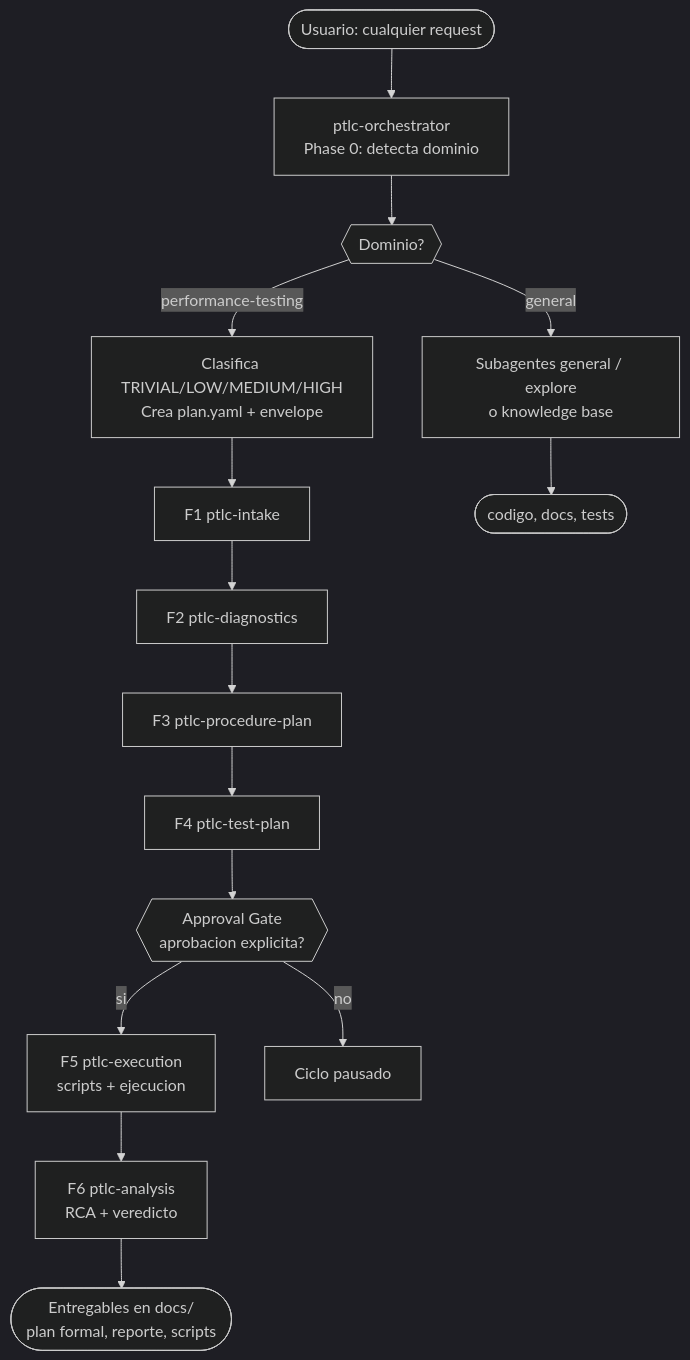
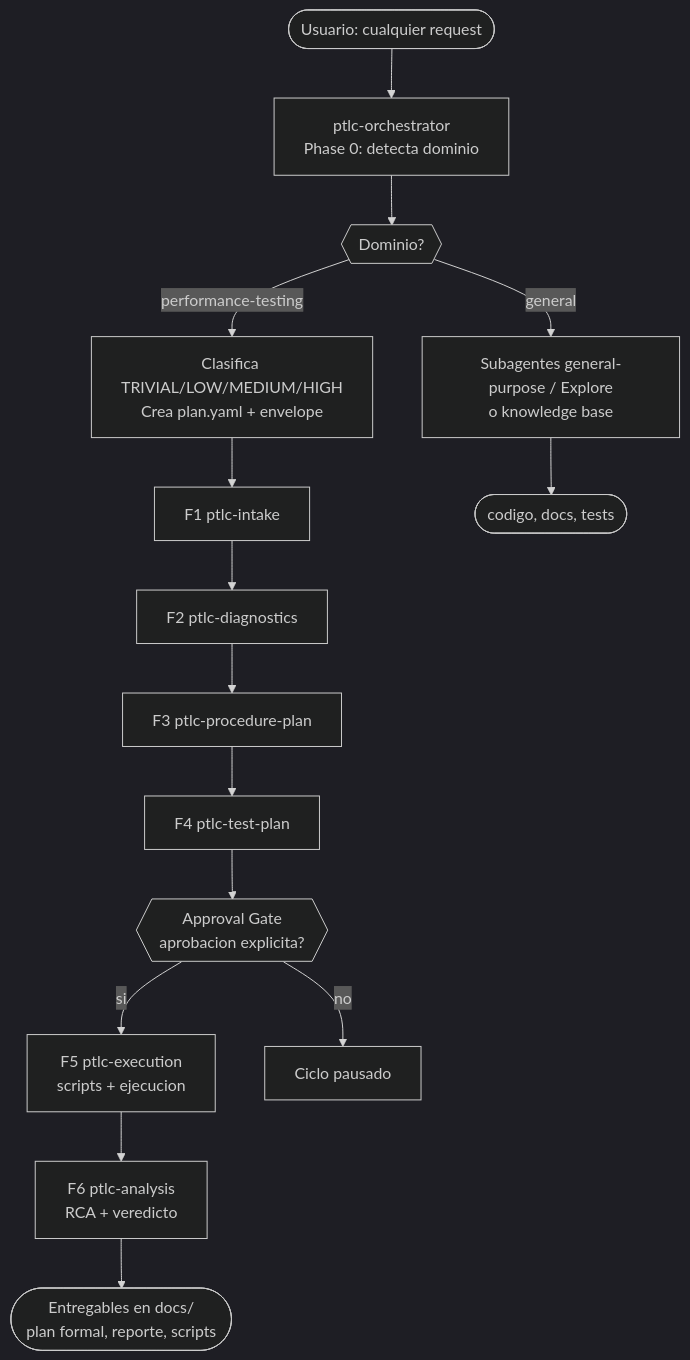
Before and after one commit to criquil/Intelligent_Performance_Test_Orchstrator: the first of 2 diagrams in docs/02-arquitectura.md, drawn with Mermaid (dark theme). The commit also changed other lines of this file and 88 other files, not shown here.

````diff
--- a/docs/02-arquitectura.md
+++ b/docs/02-arquitectura.md
@@ -48,15 +48,15 @@
 ```mermaid
 flowchart TD
     USER(["Usuario: cualquier request"]) --> ORCH["ptlc-orchestrator<br/>Phase 0: detecta dominio"]
     ORCH --> DOM{{"Dominio?"}}
     DOM -->|performance-testing| P0["Clasifica TRIVIAL/LOW/MEDIUM/HIGH<br/>Crea plan.yaml + envelope"]
     P0 --> F1["F1 ptlc-intake"] --> F2["F2 ptlc-diagnostics"]
     F2 --> F3["F3 ptlc-procedure-plan"] --> F4["F4 ptlc-test-plan"]
     F4 --> GATE{{"Approval Gate<br/>aprobacion explicita?"}}
     GATE -->|si| F5["F5 ptlc-execution<br/>scripts + ejecucion"]
     GATE -->|no| PAUSE["Ciclo pausado"]
     F5 --> F6["F6 ptlc-analysis<br/>RCA + veredicto"]
     F6 --> OUT(["Entregables en docs/<br/>plan formal, reporte, scripts"])
-    DOM -->|general| SUB["Subagentes general / explore<br/>o knowledge base"]
+    DOM -->|general| SUB["Subagentes general-purpose / Explore<br/>o knowledge base"]
     SUB --> OUT2(["codigo, docs, tests"])
 ```
````
